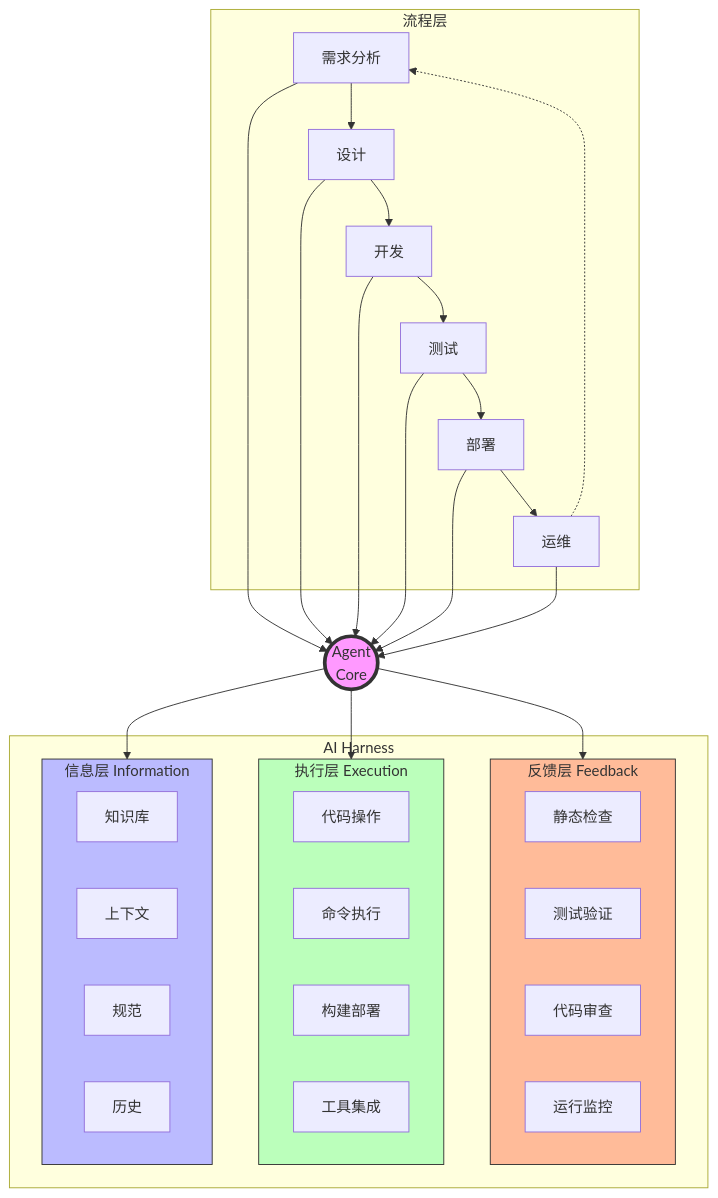
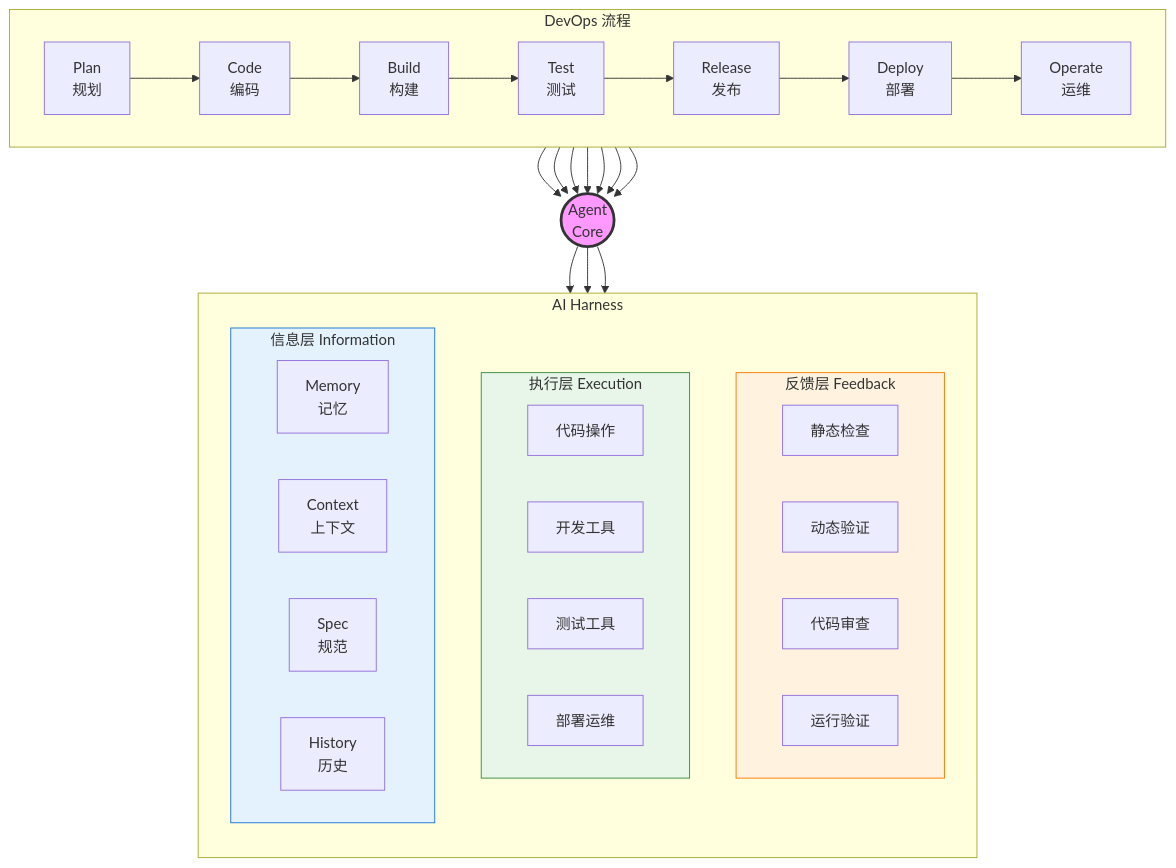
The first of 7 diagrams in articles/ai-assisted-dev-toolmap.md (yves960/articles), drawn with Mermaid before and after one commit. The commit also changed other lines of this file, not shown here.

First line of the commit message:
docs: 用Mermaid重画AI辅助研发工具地图

````diff
--- a/articles/ai-assisted-dev-toolmap.md
+++ b/articles/ai-assisted-dev-toolmap.md
@@ -9,50 +9,59 @@
 ```mermaid
 graph TB
-    subgraph 流程层
-        REQ[需求分析] --> DES[设计]
-        DES --> DEV[开发]
-        DEV --> TEST[测试]
-        TEST --> DEPLOY[部署]
-        DEPLOY --> OPS[运维]
-        OPS -.-> REQ
+    subgraph DevOps["DevOps 流程"]
+        direction LR
+        Plan[Plan<br/>规划] --> Code[Code<br/>编码]
+        Code --> Build[Build<br/>构建]
+        Build --> Test[Test<br/>测试]
+        Test --> Release[Release<br/>发布]
+        Release --> Deploy[Deploy<br/>部署]
+        Deploy --> Operate[Operate<br/>运维]
     end
-    
-    subgraph Harness[AI Harness]
-        subgraph FB[反馈层 Feedback]
-            LINT[静态检查]
-            TEST_V[测试验证]
-            REVIEW[代码审查]
-            MONITOR[运行监控]
+
+    subgraph Harness["AI Harness"]
+        direction TB
+        
+        subgraph Feedback["反馈层 Feedback"]
+            direction LR
+            F1[静态检查]
+            F2[动态验证]
+            F3[代码审查]
+            F4[运行验证]
         end
         
-        subgraph EXE[执行层 Execution]
-            CODE[代码操作]
-            SHELL[命令执行]
-            BUILD[构建部署]
-            TOOL[工具集成]
+        subgraph Execution["执行层 Execution"]
+            direction LR
+            E1[代码操作]
+            E2[开发工具]
+            E3[测试工具]
+            E4[部署运维]
         end
         
-        subgraph INFO[信息层 Information]
-            KB[知识库]
-            CTX[上下文]
-            SPEC[规范]
-            HIST[历史]
+        subgraph Information["信息层 Information"]
+            direction LR
+            I1[Memory<br/>记忆]
+            I2[Context<br/>上下文]
+            I3[Spec<br/>规范]
+            I4[History<br/>历史]
         end
     end
     
-    AGENT((Agent<br/>Core)) --> INFO
-    AGENT --> EXE
-    AGENT --> FB
+    Agent((Agent<br/>Core))
     
-    REQ --> AGENT
-    DES --> AGENT
-    DEV --> AGENT
-    TEST --> AGENT
-    DEPLOY --> AGENT
-    OPS --> AGENT
+    Agent --> Information
+    Agent --> Execution
+    Agent --> Feedback
     
-    style AGENT fill:#f9f,stroke:#333,stroke-width:4px
-    style INFO fill:#bbf,stroke:#333
-    style EXE fill:#bfb,stroke:#333
-    style FB fill:#fb9,stroke:#333
+    Plan --> Agent
+    Code --> Agent
+    Build --> Agent
+    Test --> Agent
+    Release --> Agent
+    Deploy --> Agent
+    Operate --> Agent
+    
+    style Agent fill:#f9f,stroke:#333,stroke-width:3px
+    style Information fill:#e3f2fd,stroke:#1976d2
+    style Execution fill:#e8f5e9,stroke:#388e3c
+    style Feedback fill:#fff3e0,stroke:#f57c00
 ```
````
